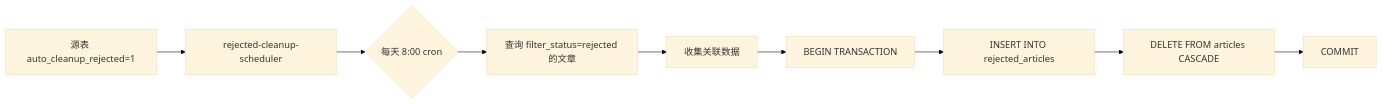
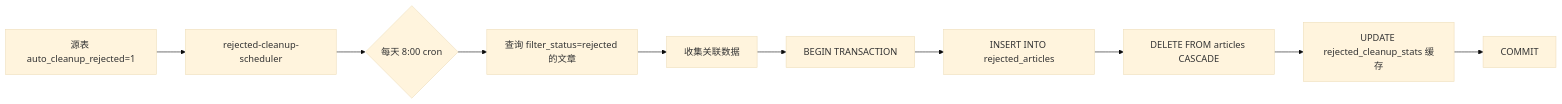
Before and after one commit to xulei-shl/lis-rss-daily: the diagram in docs/handoffs/08-rejected-cleanup.md, drawn with Mermaid (base theme). The commit also changed other lines of this file and 6 other files, not shown here.

````diff
--- a/docs/handoffs/08-rejected-cleanup.md
+++ b/docs/handoffs/08-rejected-cleanup.md
@@ -22,11 +22,12 @@
 ```mermaid
 flowchart LR
     A[源表 auto_cleanup_rejected=1] --> B[rejected-cleanup-scheduler]
     B --> C{每天 8:00 cron}
     C --> D[查询 filter_status=rejected 的文章]
     D --> E[收集关联数据]
     E --> F[BEGIN TRANSACTION]
     F --> G[INSERT INTO rejected_articles]
     G --> H[DELETE FROM articles CASCADE]
-    H --> I[COMMIT]
+    H --> I[UPDATE rejected_cleanup_stats 缓存]
+    I --> J[COMMIT]
 ```
````
